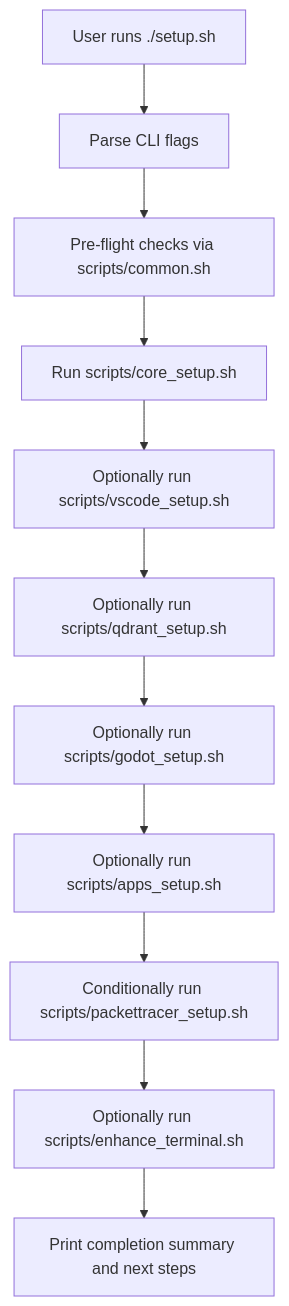
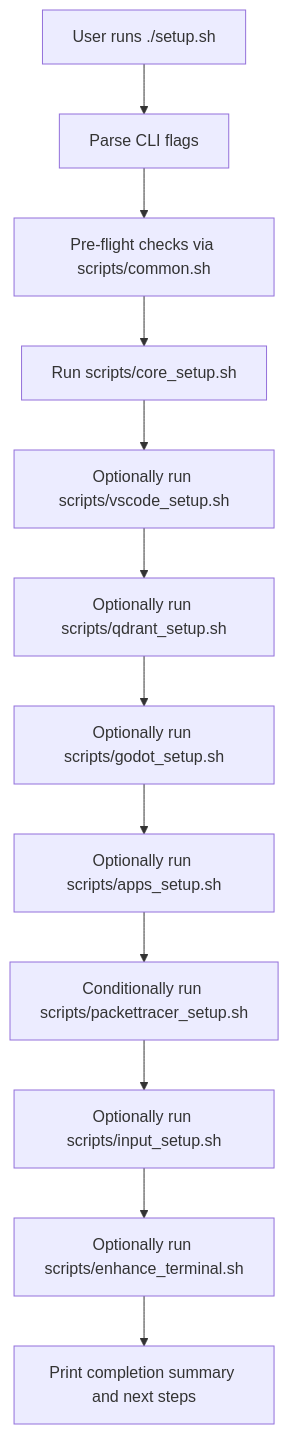
The diagram in .kilocode/rules/memory-bank/architecture.md (haingt-dev/workstation-setup), drawn with Mermaid before and after one commit. The commit also changed other lines of this file and 3 other files, not shown here.

````diff
--- a/.kilocode/rules/memory-bank/architecture.md
+++ b/.kilocode/rules/memory-bank/architecture.md
@@ -42,13 +43,14 @@
 ```mermaid
 flowchart TD
   A[User runs ./setup.sh] --> B[Parse CLI flags]
   B --> C[Pre-flight checks via scripts/common.sh]
   C --> D[Run scripts/core_setup.sh]
   D --> E[Optionally run scripts/vscode_setup.sh]
   E --> F[Optionally run scripts/qdrant_setup.sh]
   F --> G[Optionally run scripts/godot_setup.sh]
   G --> H[Optionally run scripts/apps_setup.sh]
   H --> I[Conditionally run scripts/packettracer_setup.sh]
-  I --> J[Optionally run scripts/enhance_terminal.sh]
-  J --> K[Print completion summary and next steps]
+  I --> J[Optionally run scripts/input_setup.sh]
+  J --> K[Optionally run scripts/enhance_terminal.sh]
+  K --> L[Print completion summary and next steps]
 ```
````
